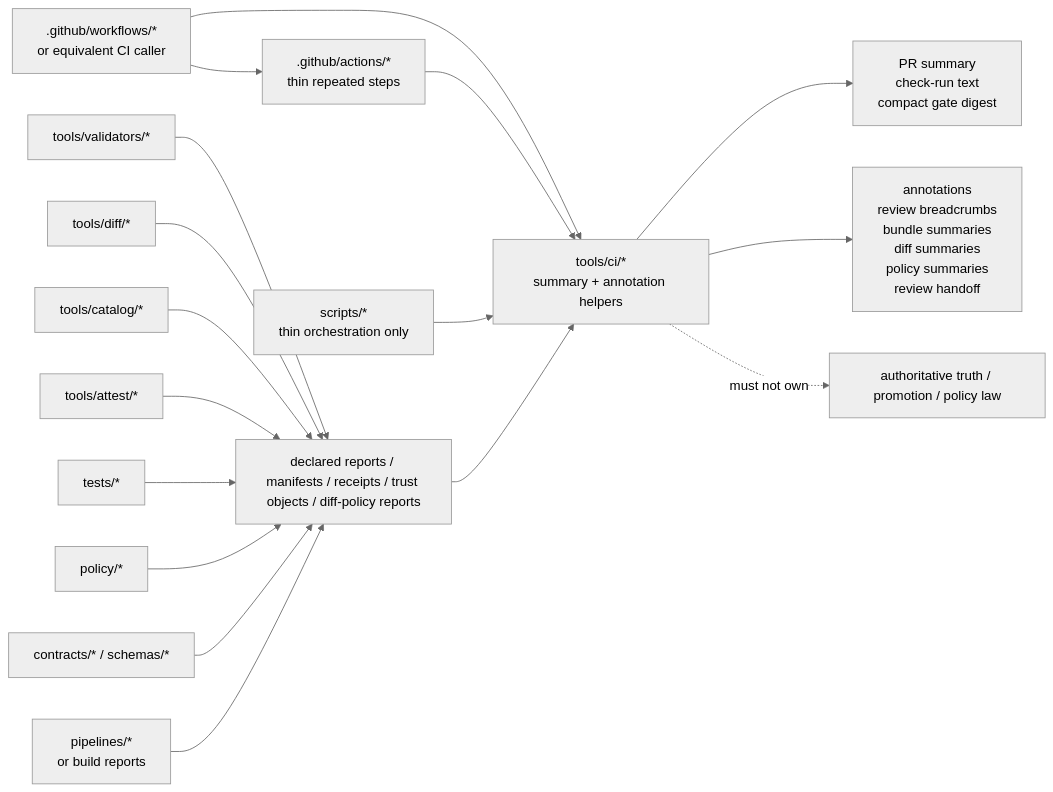
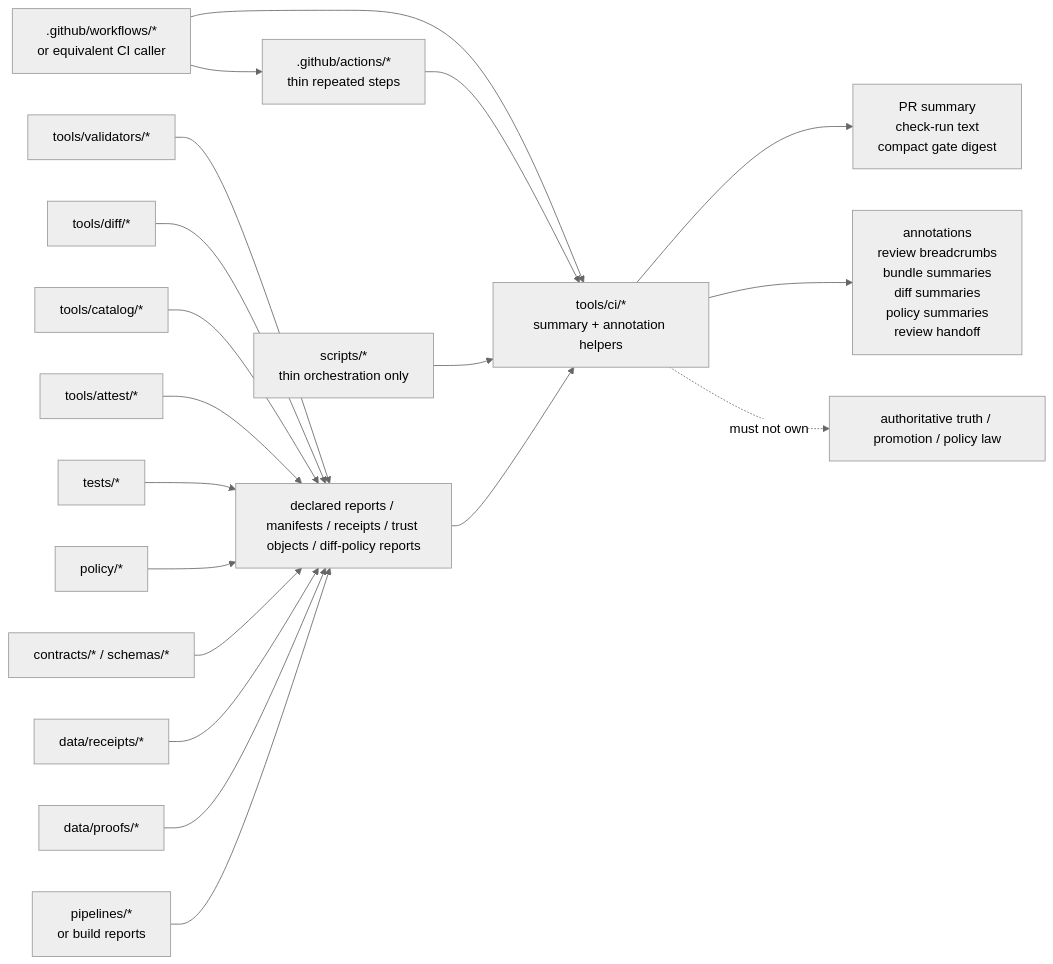
Before and after one commit to bartytime4life/Kansas-Frontier-Matrix: the diagram in tools/ci/README.md, drawn with Mermaid (neutral theme). The commit also changed other lines of this file, not shown here.

````diff
--- a/tools/ci/README.md
+++ b/tools/ci/README.md
@@ -490,41 +555,45 @@
 ```mermaid
 flowchart LR
     WF[".github/workflows/*<br/>or equivalent CI caller"]
     AC[".github/actions/*<br/>thin repeated steps"]
     SC["scripts/*<br/>thin orchestration only"]
 
     VA["tools/validators/*"]
     DF["tools/diff/*"]
     CA["tools/catalog/*"]
     AT["tools/attest/*"]
     TS["tests/*"]
     PO["policy/*"]
     CO["contracts/* / schemas/*"]
+    DR["data/receipts/*"]
+    DP["data/proofs/*"]
     PI["pipelines/*<br/>or build reports"]
 
     IN1["declared reports / manifests / receipts / trust objects / diff-policy reports"]
     CI["tools/ci/*<br/>summary + annotation helpers"]
     OUT1["PR summary<br/>check-run text<br/>compact gate digest"]
     OUT2["annotations<br/>review breadcrumbs<br/>bundle summaries<br/>diff summaries<br/>policy summaries<br/>review handoff"]
     NO["authoritative truth / promotion / policy law"]
 
     WF --> AC
     WF --> CI
     AC --> CI
     SC --> CI
 
     VA --> IN1
     DF --> IN1
     CA --> IN1
     AT --> IN1
     TS --> IN1
     PO --> IN1
     CO --> IN1
+    DR --> IN1
+    DP --> IN1
     PI --> IN1
 
     IN1 --> CI
     CI --> OUT1
     CI --> OUT2
 
     CI -. must not own .-> NO
 ```
````
